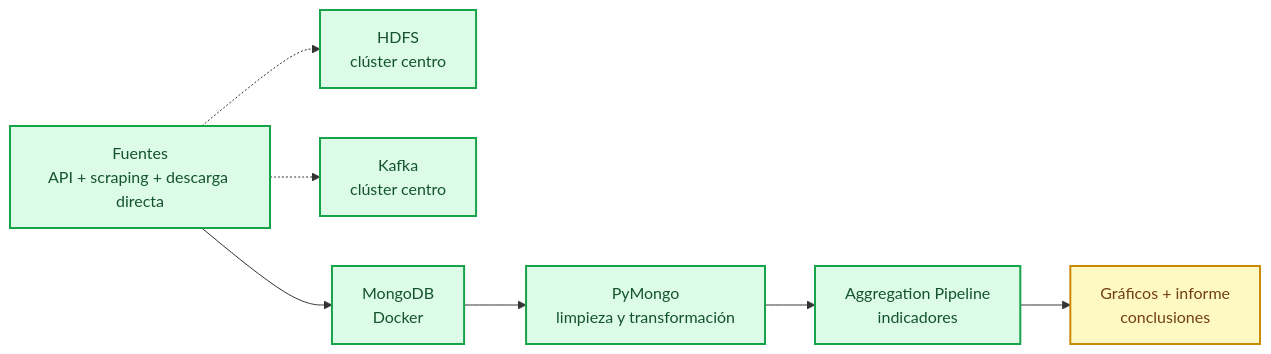
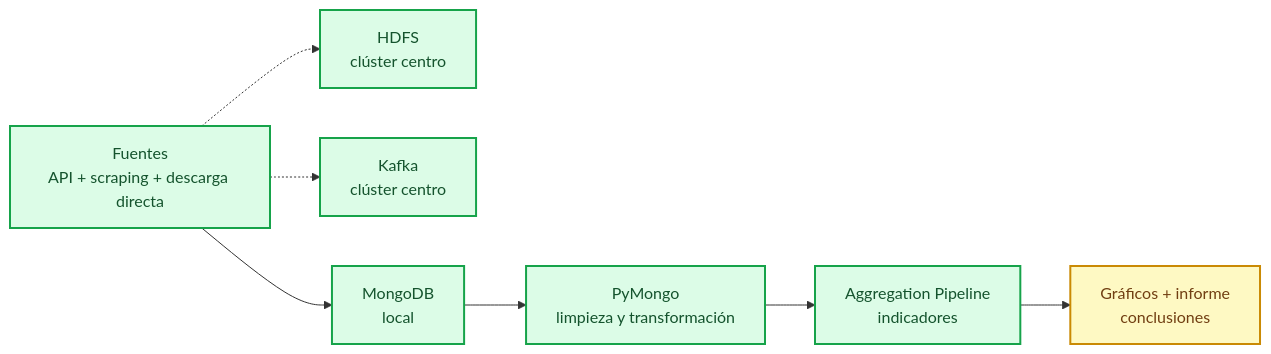
The first of 2 diagrams in README.md (mikelrh-dev/bigdata-vivienda-euskadi), drawn with Mermaid before and after one commit. The commit also changed other lines of this file and 194 other files, not shown here.

````diff
--- a/README.md
+++ b/README.md
@@ -16,25 +16,25 @@
 ```mermaid
 flowchart LR
     accTitle: Pipeline de datos vivienda Euskadi
     accDescr: Flujo de fuentes a resultados: extraccion, HDFS, Kafka, MongoDB, limpieza, agregacion, visualizacion.
 
     src["Fuentes<br/>API + scraping + descarga directa"]
     hdfs["HDFS<br/>clúster centro"]
     kafka["Kafka<br/>clúster centro"]
-    mongo["MongoDB<br/>Docker"]
+    mongo["MongoDB<br/>local"]
     clean["PyMongo<br/>limpieza y transformación"]
     agg["Aggregation Pipeline<br/>indicadores"]
     viz["Gráficos + informe<br/>conclusiones"]
 
     src --> mongo --> clean --> agg --> viz
     src -.-> hdfs
     src -.-> kafka
 
     classDef done fill:#dcfce7,stroke:#16a34a,stroke-width:2px,color:#14532d
     classDef partial fill:#fef9c3,stroke:#ca8a04,stroke-width:2px,color:#713f12
     classDef todo fill:#fee2e2,stroke:#dc2626,stroke-width:2px,color:#7f1d1d
     class src done
     class hdfs,kafka done
     class mongo,clean,agg done
     class viz partial
 ```
````
